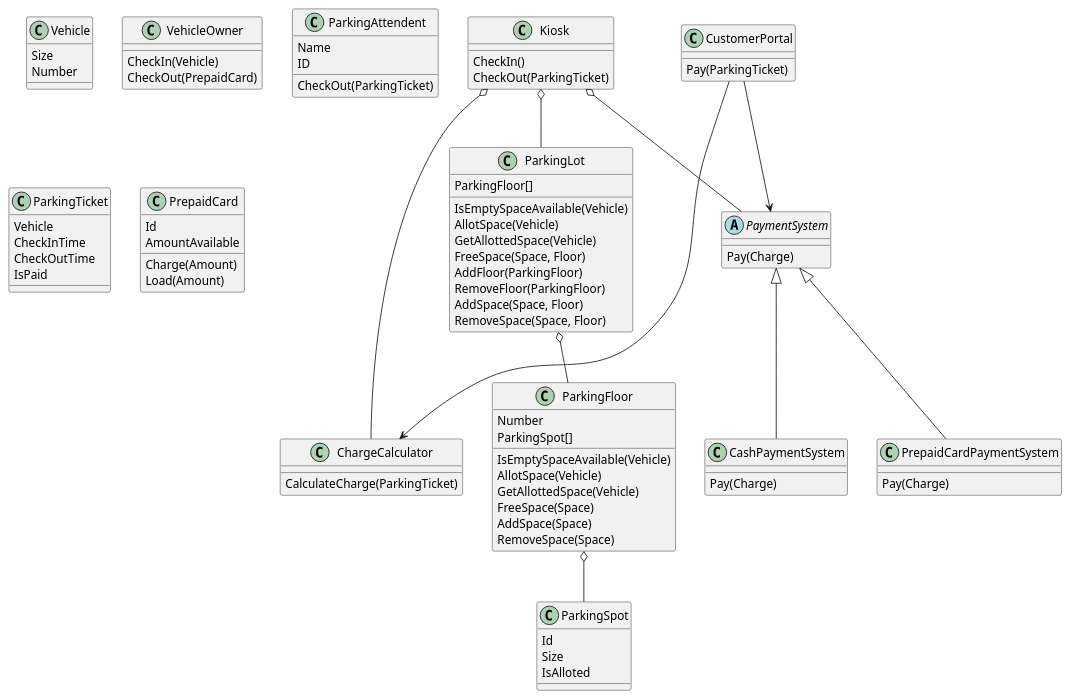
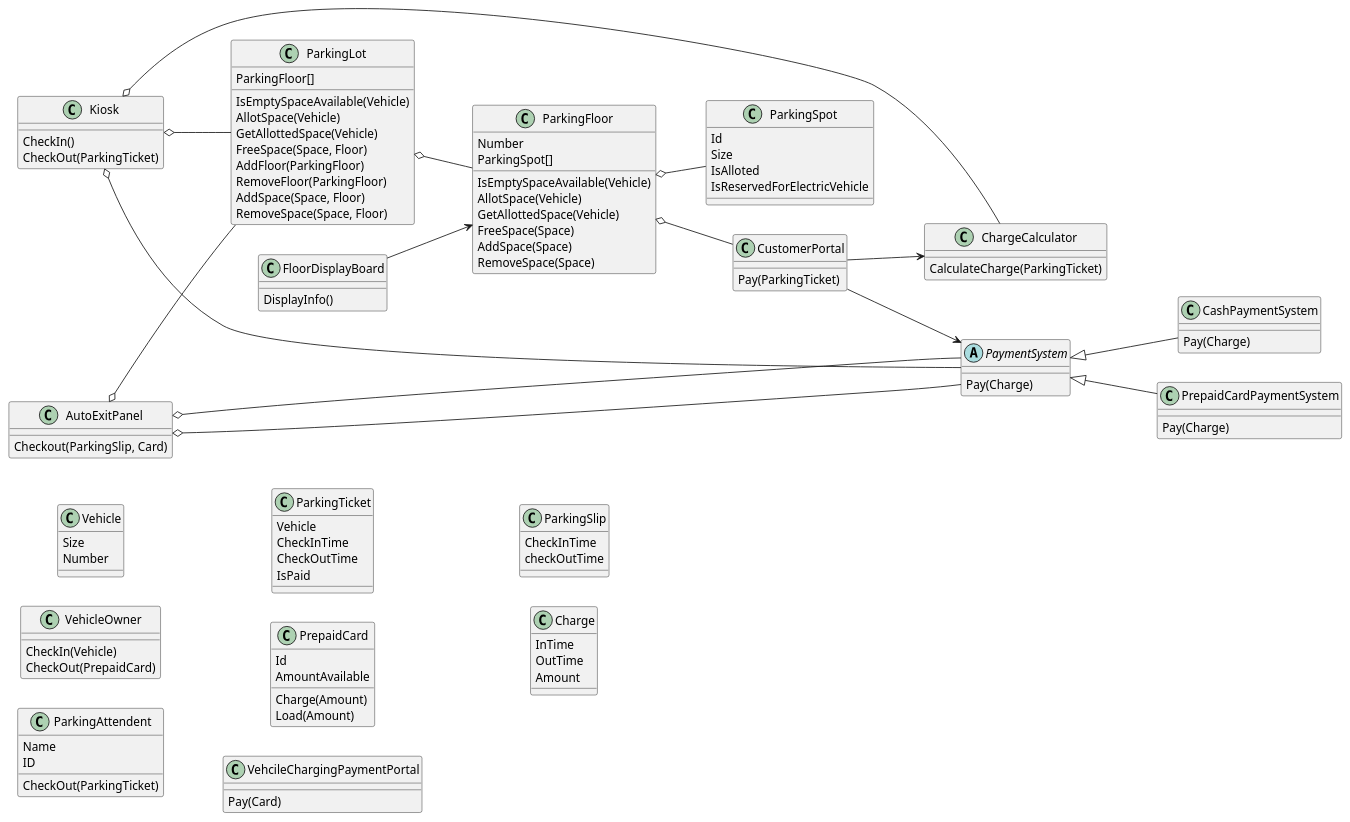
One commit to prashanthr84/designexercises changed the first of 4 diagrams in solutions/parkinglot-management-system/class-and-sequence-diagrams.wsd. Above: the diagram before and after it, drawn with PlantUML. The commit also changed 1 other file, not shown here.

```diff
--- a/solutions/parkinglot-management-system/class-and-sequence-diagrams.wsd
+++ b/solutions/parkinglot-management-system/class-and-sequence-diagrams.wsd
@@ -1,99 +1,133 @@
 @startuml parking management system class diagram
 
 class Vehicle {
     Size
     Number
 }
 
 class VehicleOwner {
     CheckIn(Vehicle)
     CheckOut(PrepaidCard)
 }
 
 class Kiosk {
     CheckIn()
     CheckOut(ParkingTicket)
 }
 
 class ParkingAttendent {
     Name
     ID
     CheckOut(ParkingTicket)
 }
 
 class ParkingTicket {
     Vehicle
     CheckInTime
     CheckOutTime
     IsPaid
 }
 
 class ChargeCalculator {
     CalculateCharge(ParkingTicket)
 }
 
 class ParkingLot {
     ParkingFloor[]
     IsEmptySpaceAvailable(Vehicle)
     AllotSpace(Vehicle)
     GetAllottedSpace(Vehicle)
     FreeSpace(Space, Floor)
     AddFloor(ParkingFloor)
     RemoveFloor(ParkingFloor)
     AddSpace(Space, Floor)
     RemoveSpace(Space, Floor)
 }
 
 class ParkingFloor {
     Number
     ParkingSpot[]
     IsEmptySpaceAvailable(Vehicle)
     AllotSpace(Vehicle)
     GetAllottedSpace(Vehicle)
     FreeSpace(Space)
     AddSpace(Space)
     RemoveSpace(Space)
 }
 
 abstract class PaymentSystem {
     Pay(Charge)
 }
 
 class CashPaymentSystem {
     Pay(Charge)
 }
 
 class PrepaidCardPaymentSystem {
     Pay(Charge)
 }
 
 
 
+
 class ParkingSpot {
     Id
     Size
     IsAlloted
+    IsReservedForElectricVehicle
 }
 
 class PrepaidCard {
     Id
     AmountAvailable
     Charge(Amount)
     Load(Amount)
 }
 
 class CustomerPortal {
     Pay(ParkingTicket)
 }
 
+class AutoExitPanel {
+    Checkout(ParkingSlip, Card)
+}
+
+class FloorDisplayBoard {
+    DisplayInfo()
+}
+
+class VehcileChargingPaymentPortal {
+    Pay(Card)
+}
+
+class ParkingSlip {
+    CheckInTime
+    checkOutTime
+}
+
+class Charge {
+    InTime
+    OutTime
+    Amount
+}
+
 Kiosk o-- PaymentSystem
 Kiosk o-- ParkingLot
-ParkingLot o-- ParkingFloor
-ParkingFloor o-- ParkingSpot
+
 PaymentSystem <|-- CashPaymentSystem
 PaymentSystem <|-- PrepaidCardPaymentSystem
 Kiosk o--- ChargeCalculator
 CustomerPortal --> ChargeCalculator
 CustomerPortal --> PaymentSystem
 
+left to right direction
+ParkingFloor o-- CustomerPortal
+ParkingLot o-- ParkingFloor
+ParkingFloor o-- ParkingSpot
+
+AutoExitPanel o-- ParkingLot
+AutoExitPanel o-- PaymentSystem
+AutoExitPanel o-- PaymentSystem
+
+FloorDisplayBoard --> ParkingFloor
 @enduml
```
